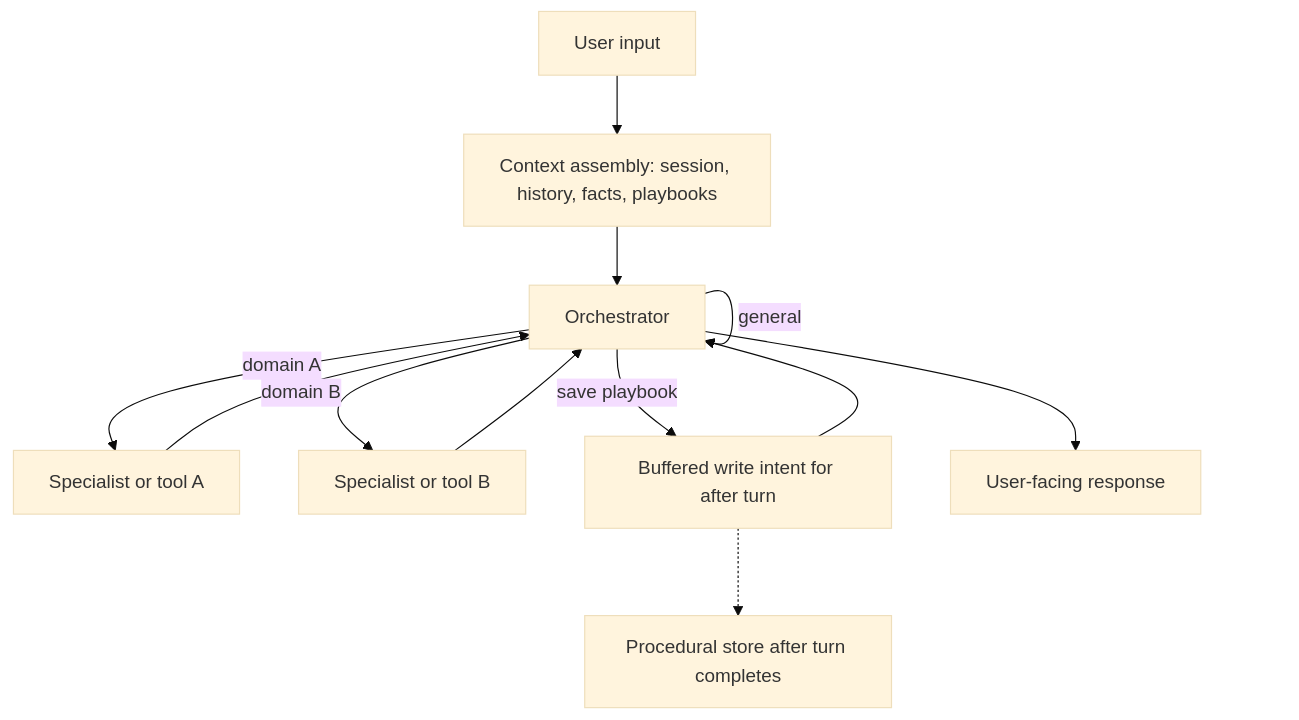
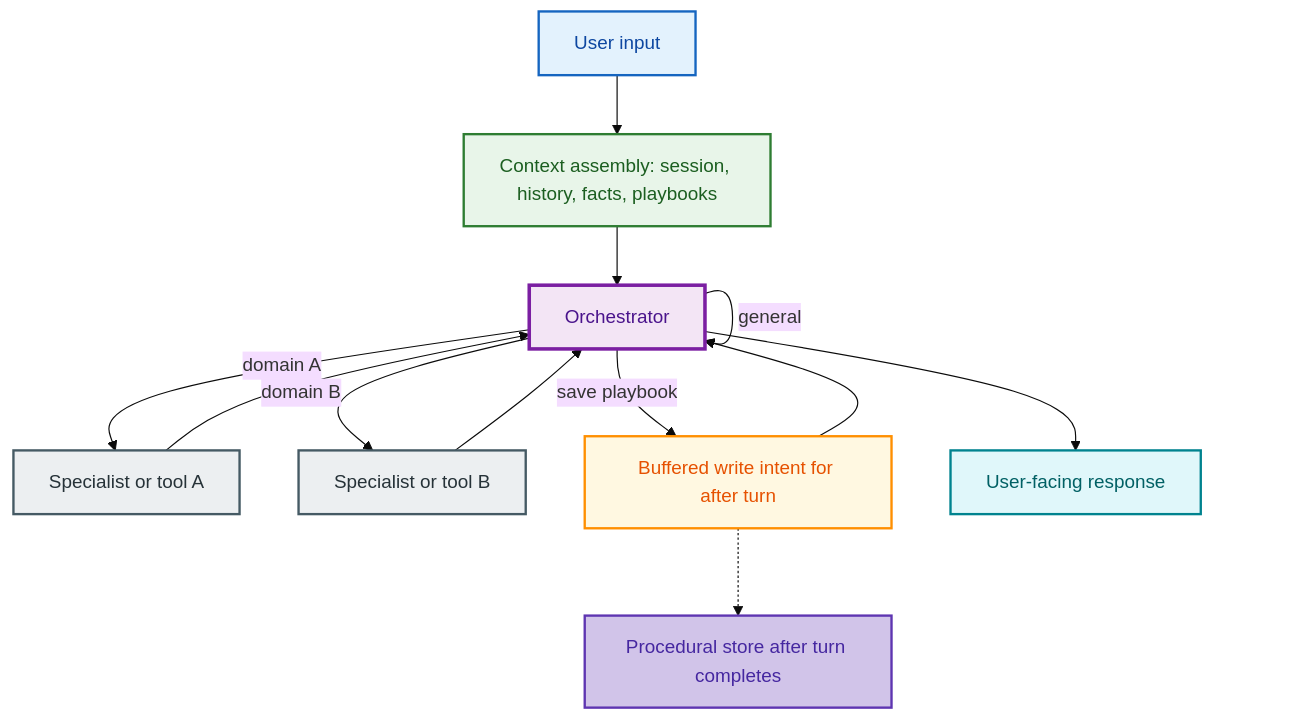
Before and after one commit to srirama4n/adk_long_term: the third of 10 diagrams in docs/doc.md, drawn with Mermaid (base theme). The commit also changed other lines of this file, not shown here.

````diff
--- a/docs/doc.md
+++ b/docs/doc.md
@@ -150,14 +169,23 @@
 ```mermaid
 flowchart TB
     U["User input"] --> CA["Context assembly: session, history, facts, playbooks"]
     CA --> O["Orchestrator"]
     O -->|domain A| S1["Specialist or tool A"]
     O -->|domain B| S2["Specialist or tool B"]
     O -->|save playbook| S3["Buffered write intent for after turn"]
     O -->|general| O
     S1 --> O
     S2 --> O
     S3 --> O
     O --> R["User-facing response"]
     S3 -.-> PM["Procedural store after turn completes"]
+
+    style U fill:#E3F2FD,stroke:#1565C0,stroke-width:2px,color:#0D47A1
+    style CA fill:#E8F5E9,stroke:#2E7D32,stroke-width:2px,color:#1B5E20
+    style O fill:#F3E5F5,stroke:#7B1FA2,stroke-width:3px,color:#4A148C
+    style S1 fill:#ECEFF1,stroke:#455A64,stroke-width:2px,color:#263238
+    style S2 fill:#ECEFF1,stroke:#455A64,stroke-width:2px,color:#263238
+    style S3 fill:#FFF8E1,stroke:#FF8F00,stroke-width:2px,color:#E65100
+    style R fill:#E0F7FA,stroke:#00838F,stroke-width:2px,color:#006064
+    style PM fill:#D1C4E9,stroke:#5E35B1,stroke-width:2px,color:#4527A0
 ```
````
